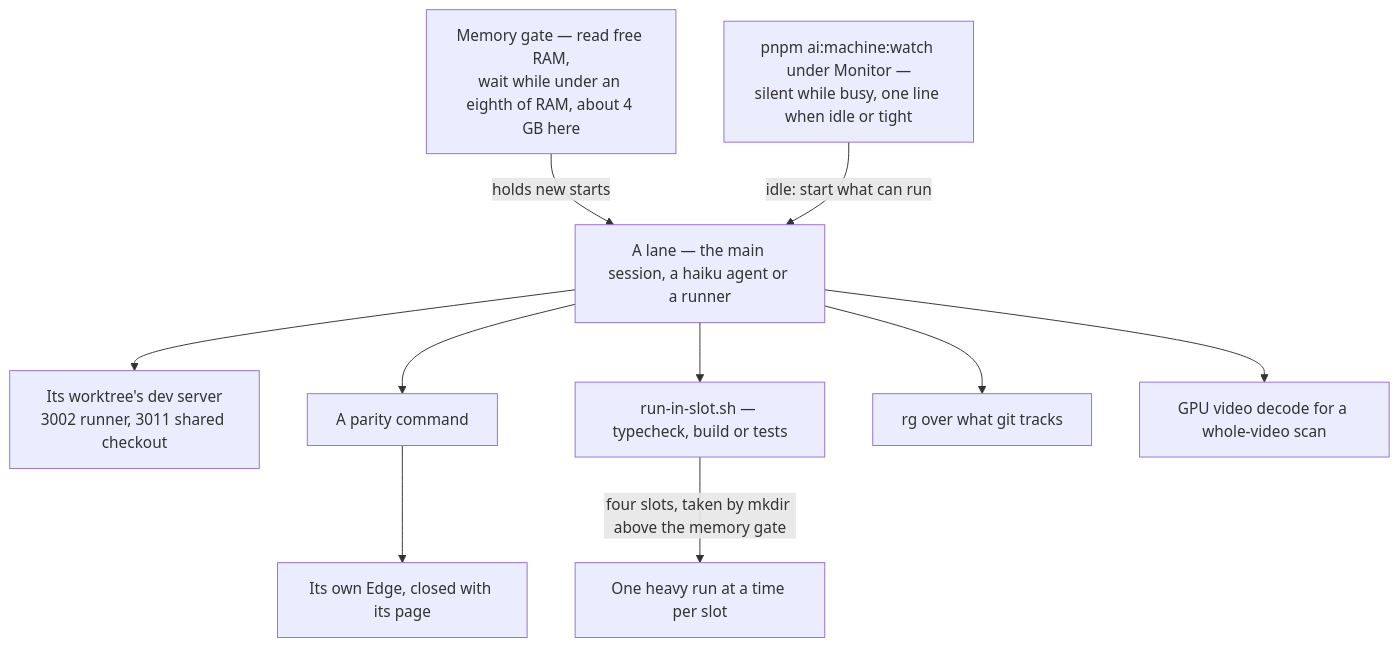
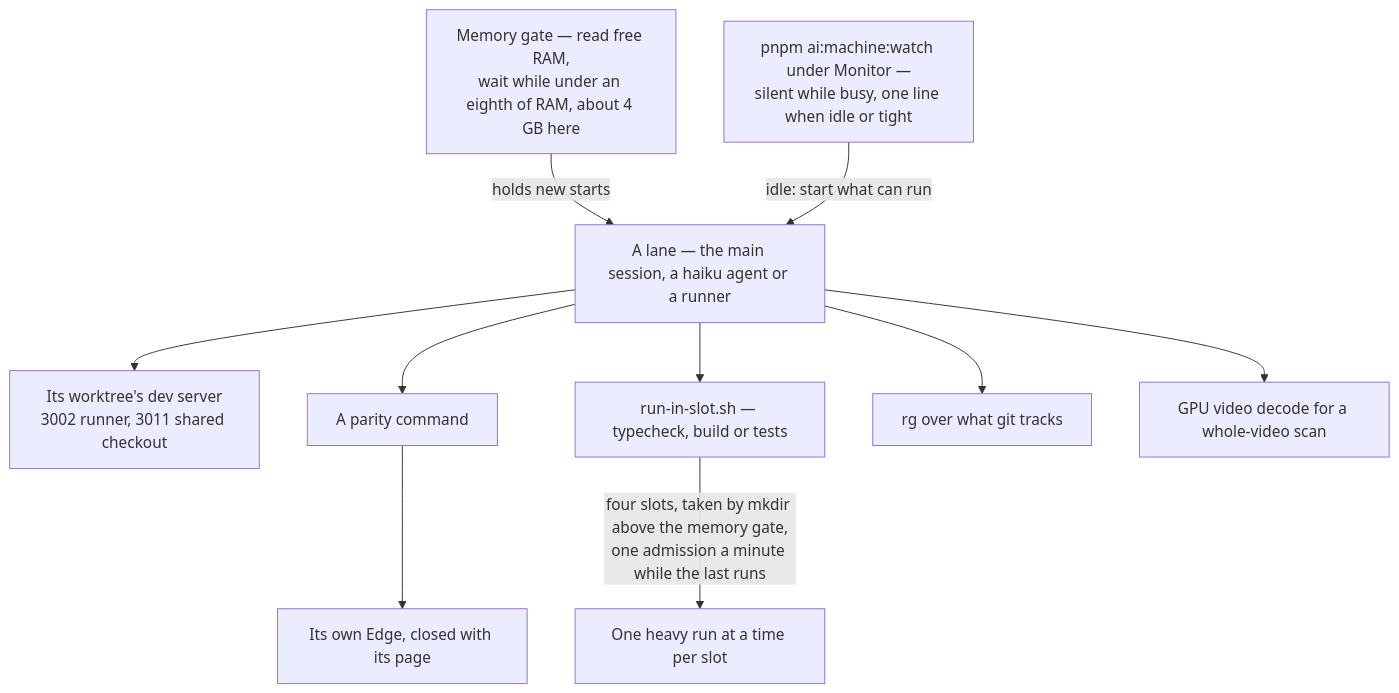
One commit to Esposter/Esposter changed the diagram in apps/web/content/docs/architecture/machine-efficiency.md. Above: the diagram before and after it, drawn with Mermaid. The commit also changed other lines of this file and 2 other files, not shown here.

First line of the commit message:
perf(throughput): a run slot admits one run a minute while the last one runs, so builds started together each read the memory the one before grew into instead of all passing the gate on the same free gigabytes

````diff
--- a/apps/web/content/docs/architecture/machine-efficiency.md
+++ b/apps/web/content/docs/architecture/machine-efficiency.md
@@ -20,12 +20,12 @@
 ```mermaid
 flowchart TD
   G["Memory gate — read free RAM,<br/>wait while under an eighth of RAM, about 4 GB here"] -->|"holds new starts"| L
   W["pnpm ai:machine:watch under Monitor —<br/>silent while busy, one line when idle or tight"] -->|"idle: start what can run"| L
   L["A lane — the main session, a haiku agent or a runner"] --> DS["Its worktree's dev server<br/>3002 runner, 3011 shared checkout"]
   L --> CMD["A parity command"]
   CMD --> EDGE["Its own Edge, closed with its page"]
   L --> SLOT["run-in-slot.sh — typecheck, build or tests"]
-  SLOT -->|"four slots, taken by mkdir above the memory gate"| RUN["One heavy run at a time per slot"]
+  SLOT -->|"four slots, taken by mkdir above the memory gate,<br/>one admission a minute while the last runs"| RUN["One heavy run at a time per slot"]
   L --> SEARCH["rg over what git tracks"]
   L --> VIDEO["GPU video decode for a whole-video scan"]
 ```
````
